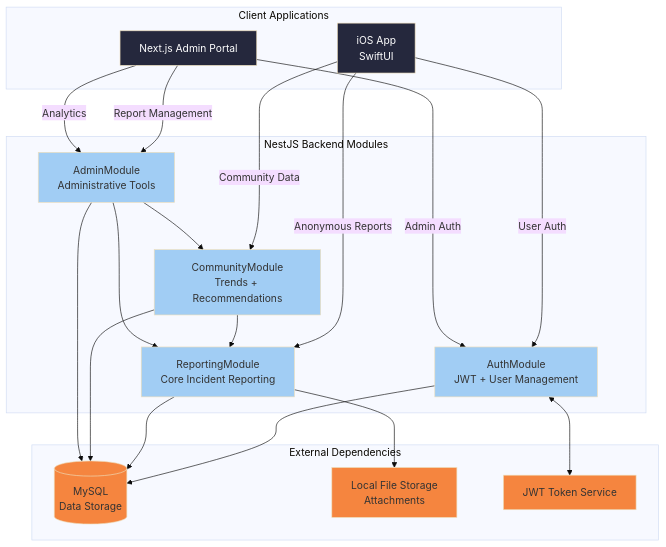
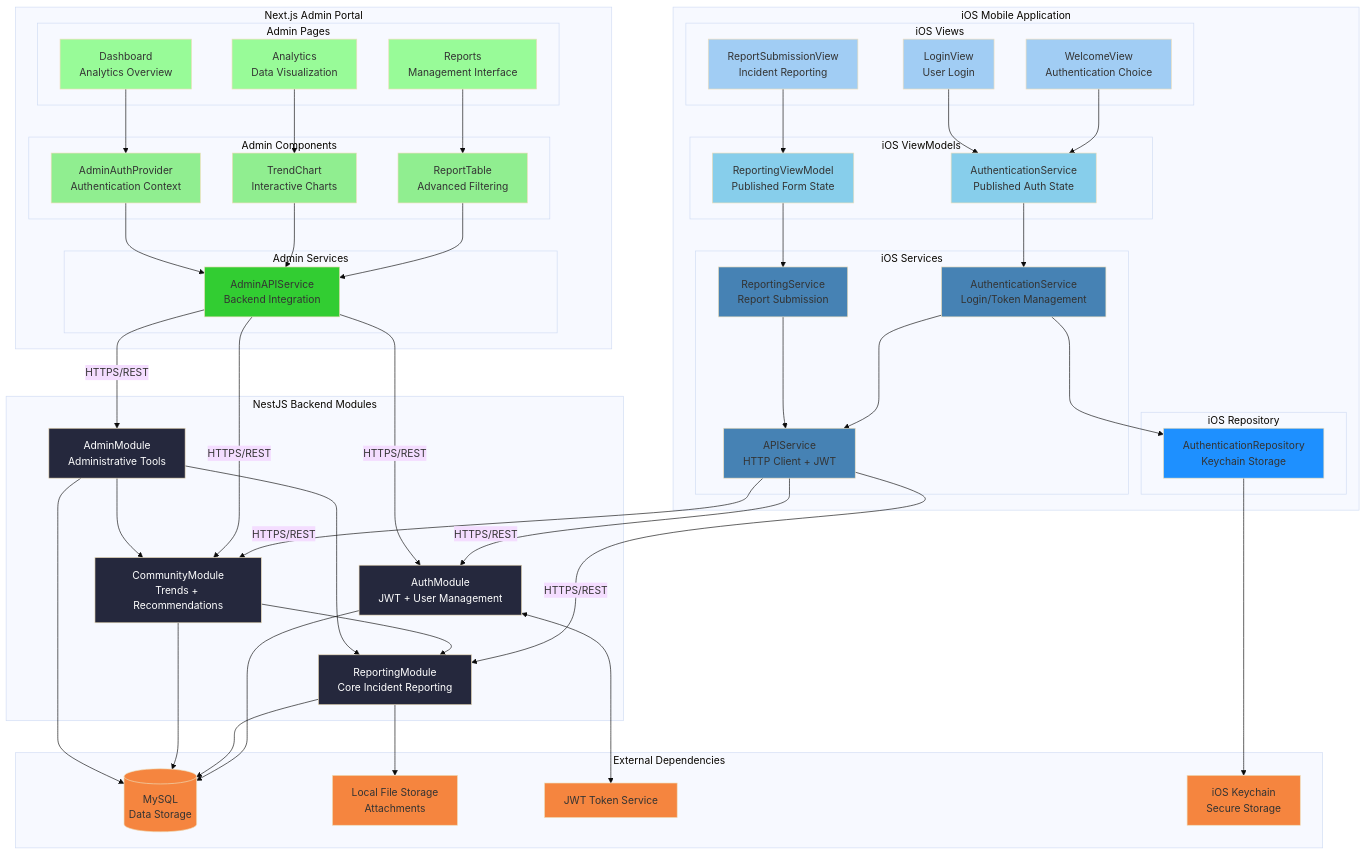
Before and after one commit to 2003gdb/bmad-cyber-report: the first of 2 diagrams in docs/architecture/components.md, drawn with Mermaid (base theme). The commit also changed other lines of this file and 41 other files, not shown here.

````diff
--- a/docs/architecture/components.md
+++ b/docs/architecture/components.md
@@ -60,48 +150,120 @@
 ```mermaid
-graph TD
+graph TB
+    subgraph "iOS Mobile Application"
+        subgraph "iOS Views"
+            WelcomeView[WelcomeView<br/>Authentication Choice]
+            LoginView[LoginView<br/>User Login]
+            ReportView[ReportSubmissionView<br/>Incident Reporting]
+        end
+
+        subgraph "iOS ViewModels"
+            AuthVM["AuthenticationService<br/>Published Auth State"]
+            ReportVM["ReportingViewModel<br/>Published Form State"]
+        end
+
+        subgraph "iOS Services"
+            AuthService[AuthenticationService<br/>Login/Token Management]
+            ReportService[ReportingService<br/>Report Submission]
+            APIService[APIService<br/>HTTP Client + JWT]
+        end
+
+        subgraph "iOS Repository"
+            AuthRepo[AuthenticationRepository<br/>Keychain Storage]
+        end
+    end
+
+    subgraph "Next.js Admin Portal"
+        subgraph "Admin Pages"
+            DashboardPage[Dashboard<br/>Analytics Overview]
+            ReportsPage[Reports<br/>Management Interface]
+            AnalyticsPage[Analytics<br/>Data Visualization]
+        end
+
+        subgraph "Admin Components"
+            ReportTable[ReportTable<br/>Advanced Filtering]
+            TrendChart[TrendChart<br/>Interactive Charts]
+            AdminAuth[AdminAuthProvider<br/>Authentication Context]
+        end
+
+        subgraph "Admin Services"
+            AdminAPI[AdminAPIService<br/>Backend Integration]
+        end
+    end
+
     subgraph "NestJS Backend Modules"
         Auth[AuthModule<br/>JWT + User Management]
         Reporting[ReportingModule<br/>Core Incident Reporting]
         Community[CommunityModule<br/>Trends + Recommendations]
         Admin[AdminModule<br/>Administrative Tools]
     end
-    
+
     subgraph "External Dependencies"
         DB[(MySQL<br/>Data Storage)]
         Files[Local File Storage<br/>Attachments]
         JWT_Service[JWT Token Service]
+        Keychain[iOS Keychain<br/>Secure Storage]
     end
-    
-    subgraph "Client Applications"
-        iOS[iOS App<br/>SwiftUI]
-        NextJS[Next.js Admin Portal]
-    end
-    
-    iOS -->|Anonymous Reports| Reporting
-    iOS -->|User Auth| Auth
-    iOS -->|Community Data| Community
-    
-    NextJS -->|Admin Auth| Auth
-    NextJS -->|Report Management| Admin
-    NextJS -->|Analytics| Admin
-    
+
+    %% iOS Mobile Connections
+    WelcomeView --> AuthVM
+    LoginView --> AuthVM
+    ReportView --> ReportVM
+
+    AuthVM --> AuthService
+    ReportVM --> ReportService
+
+    AuthService --> APIService
+    ReportService --> APIService
+    AuthService --> AuthRepo
+
+    AuthRepo --> Keychain
+    APIService -->|HTTPS/REST| Auth
+    APIService -->|HTTPS/REST| Reporting
+    APIService -->|HTTPS/REST| Community
+
+    %% Admin Portal Connections
+    DashboardPage --> AdminAuth
+    ReportsPage --> ReportTable
+    AnalyticsPage --> TrendChart
+
+    ReportTable --> AdminAPI
+    TrendChart --> AdminAPI
+    AdminAuth --> AdminAPI
+
+    AdminAPI -->|HTTPS/REST| Auth
+    AdminAPI -->|HTTPS/REST| Admin
+    AdminAPI -->|HTTPS/REST| Community
+
+    %% Backend Module Connections
     Auth --> DB
     Reporting --> DB
     Community --> DB
     Admin --> DB
-    
+
     Reporting --> Files
     Auth <--> JWT_Service
-    
+
     Community --> Reporting
     Admin --> Reporting
     Admin --> Community
-    
-    classDef module fill:#A1CDF4
+
+    classDef iosView fill:#A1CDF4
+    classDef iosVM fill:#87CEEB
+    classDef iosService fill:#4682B4
+    classDef iosRepo fill:#1E90FF
+    classDef adminPage fill:#98FB98
+    classDef adminComp fill:#90EE90
+    classDef adminServ fill:#32CD32
+    classDef backend fill:#25283D,color:#fff
     classDef external fill:#F5853F
-    classDef client fill:#25283D,color:#fff
-    
-    class Auth,Reporting,Community,Admin module
-    class DB,Files,JWT_Service external
-    class iOS,NextJS client
+
+    class WelcomeView,LoginView,ReportView iosView
+    class AuthVM,ReportVM iosVM
+    class AuthService,ReportService,APIService iosService
+    class AuthRepo iosRepo
+    class DashboardPage,ReportsPage,AnalyticsPage adminPage
+    class ReportTable,TrendChart,AdminAuth adminComp
+    class AdminAPI adminServ
+    class Auth,Reporting,Community,Admin backend
+    class DB,Files,JWT_Service,Keychain external
 ```
````
